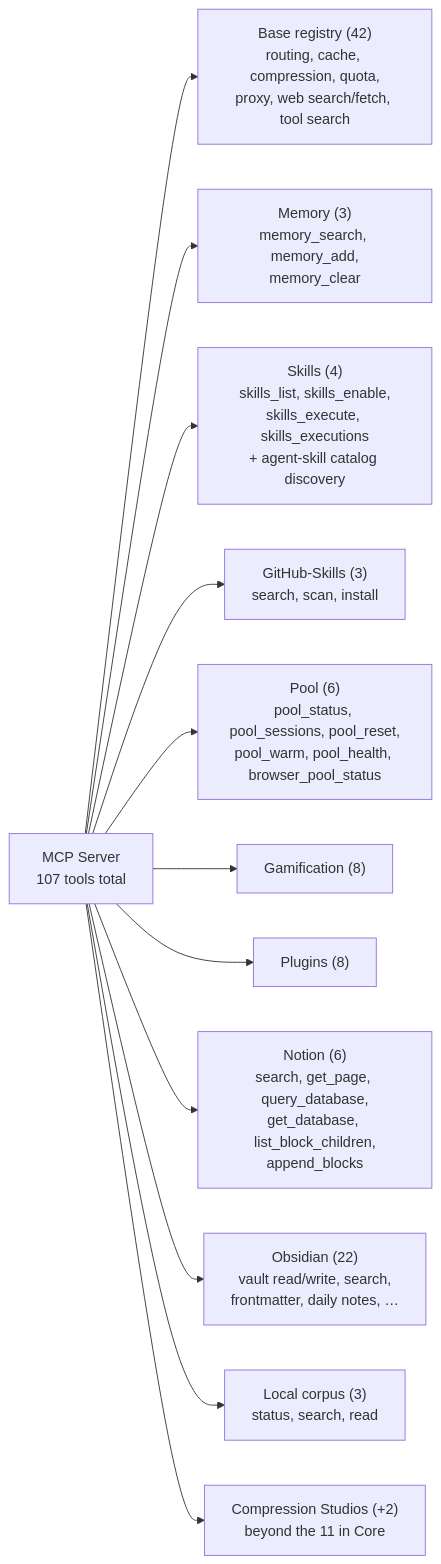
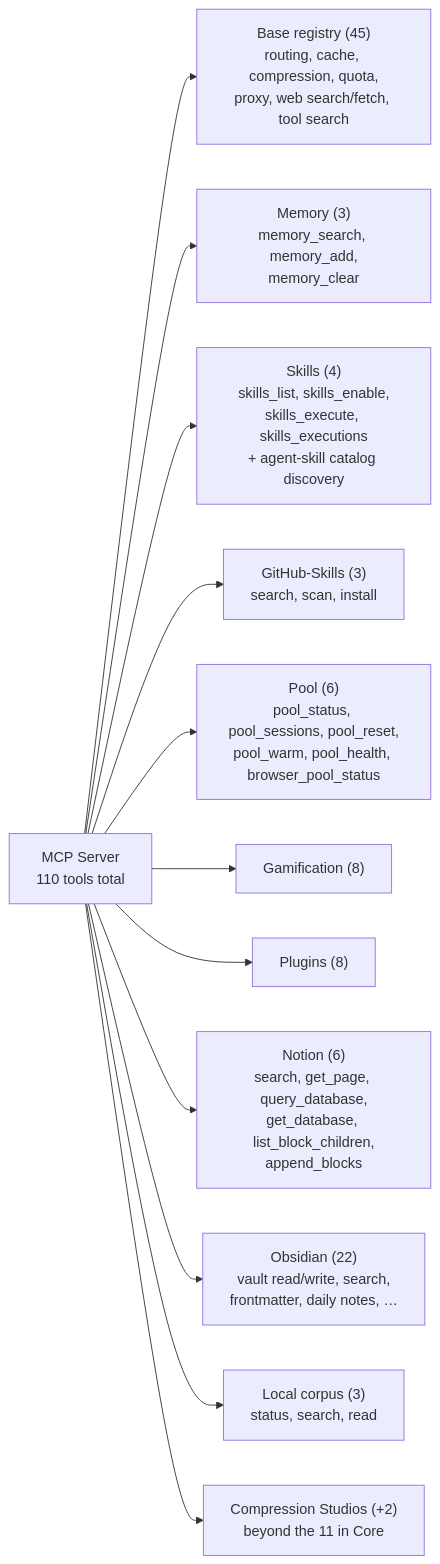
Before and after one commit to niyatna/NiyatnaRoute: the diagram in docs/diagrams/mcp-tools-107.mmd, drawn with Mermaid. The commit also changed 140 other files, not shown here.

```diff
--- a/docs/diagrams/mcp-tools-107.mmd
+++ b/docs/diagrams/mcp-tools-107.mmd
@@ -1,21 +1,21 @@
 %% MCP Server tool inventory by category
 %% Reflects: open-sse/mcp-server/ — TOTAL_MCP_TOOL_COUNT in server.ts (countUniqueMcpTools)
-%% Unique contributions: MCP_TOOLS 42 + memory 3 + skill 4 + githubSkill 3 + pool 6
-%%   + gamification 8 + plugin 8 + notion 6 + obsidian 22 + localCorpus 3 + compression 2 = 107
+%% Unique contributions: MCP_TOOLS 45 + memory 3 + skill 4 + githubSkill 3 + pool 6
+%%   + gamification 8 + plugin 8 + notion 6 + obsidian 22 + localCorpus 3 + compression 2 = 110
 %%   (agentSkillTools fully overlaps the base registry; 11 of the 13 compression
 %%    tools live in the base registry — duplicates counted once)
 %% Regenerate the SVG with: npm run docs:render-diagrams
-%% v3.8.50
+%% v3.8.51
 flowchart LR
-  MCP["MCP Server<br/>107 tools total"]
-  MCP --> Core["Base registry (42)<br/>routing, cache, compression, quota,<br/>proxy, web search/fetch, tool search"]
+  MCP["MCP Server<br/>110 tools total"]
+  MCP --> Core["Base registry (45)<br/>routing, cache, compression, quota,<br/>proxy, web search/fetch, tool search"]
   MCP --> Mem["Memory (3)<br/>memory_search, memory_add,<br/>memory_clear"]
   MCP --> Skl["Skills (4)<br/>skills_list, skills_enable,<br/>skills_execute, skills_executions<br/>+ agent-skill catalog discovery"]
   MCP --> GSkl["GitHub-Skills (3)<br/>search, scan, install"]
   MCP --> Pool["Pool (6)<br/>pool_status, pool_sessions, pool_reset,<br/>pool_warm, pool_health, browser_pool_status"]
   MCP --> Gam["Gamification (8)"]
   MCP --> Plg["Plugins (8)"]
   MCP --> Notion["Notion (6)<br/>search, get_page, query_database,<br/>get_database, list_block_children,<br/>append_blocks"]
   MCP --> Obs["Obsidian (22)<br/>vault read/write, search,<br/>frontmatter, daily notes, …"]
   MCP --> Corpus["Local corpus (3)<br/>status, search, read"]
   MCP --> Cmp["Compression Studios (+2)<br/>beyond the 11 in Core"]
```
